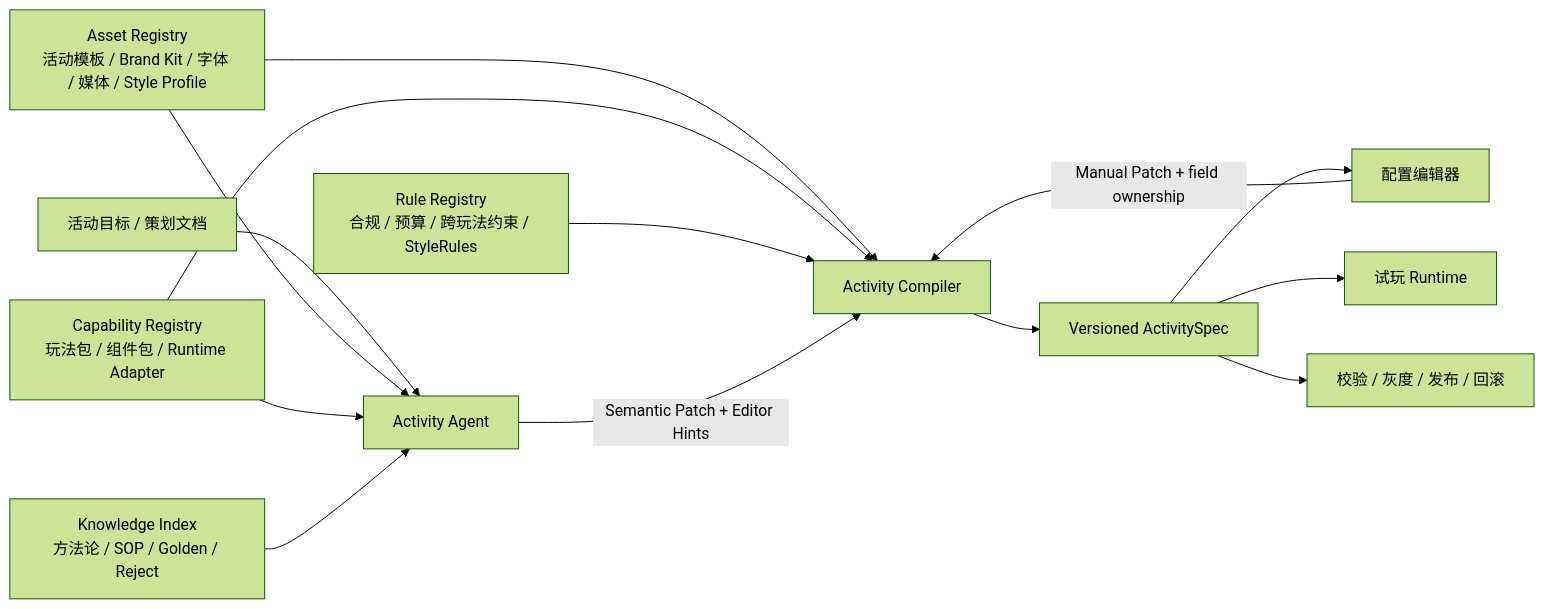
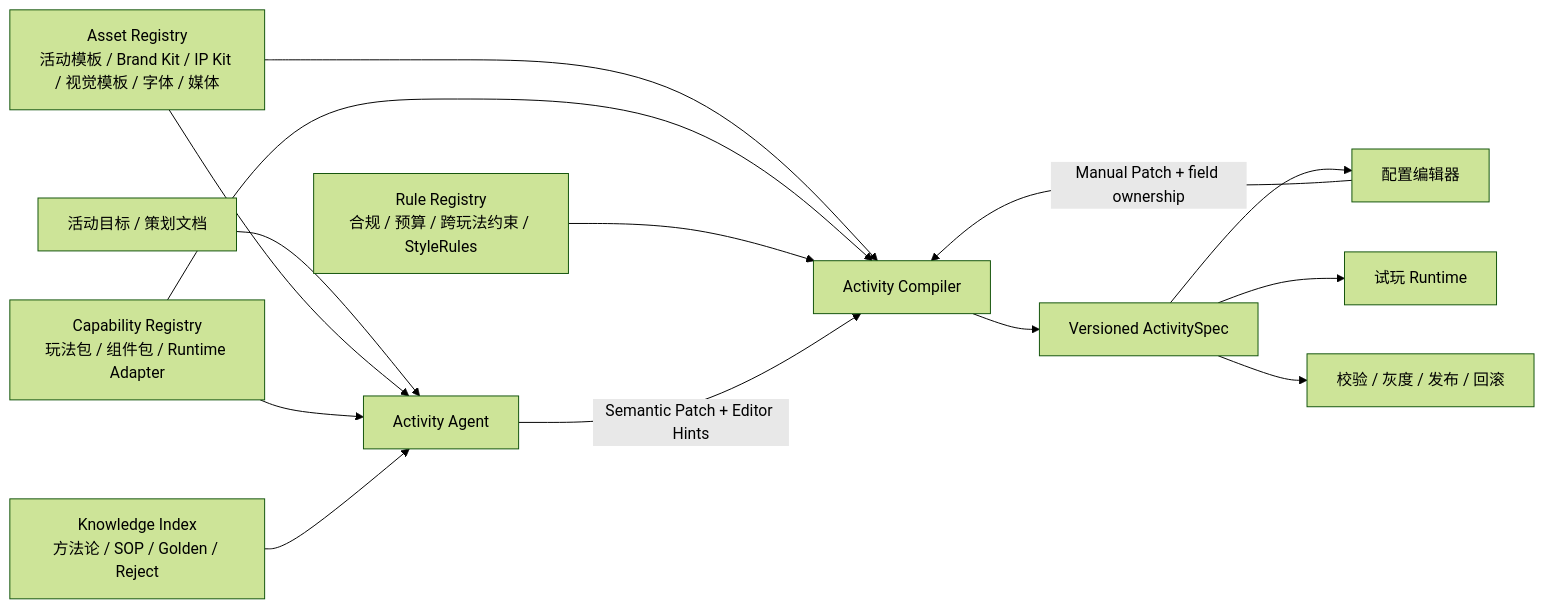
One commit to li-yingjie/CreativeStudio changed the diagram in docs/product-architecture.md. Above: the diagram before and after it, drawn with Mermaid (forest theme). The commit also changed other lines of this file and 272 other files, not shown here.

````diff
--- a/docs/product-architecture.md
+++ b/docs/product-architecture.md
@@ -21,16 +21,16 @@
 ```mermaid
 flowchart LR
   Brief["活动目标 / 策划文档"] --> Agent["Activity Agent"]
-  Asset["Asset Registry\n活动模板 / Brand Kit / 字体 / 媒体 / Style Profile"] --> Agent
+  Asset["Asset Registry\n活动模板 / Brand Kit / IP Kit / 视觉模板 / 字体 / 媒体"] --> Agent
   Asset --> Compiler
   Capability["Capability Registry\n玩法包 / 组件包 / Runtime Adapter"] --> Agent
   Capability --> Compiler
   Knowledge["Knowledge Index\n方法论 / SOP / Golden / Reject"] --> Agent
   Rule["Rule Registry\n合规 / 预算 / 跨玩法约束 / StyleRules"] --> Compiler
   Agent -->|"Semantic Patch + Editor Hints"| Compiler["Activity Compiler"]
   Compiler --> Spec["Versioned ActivitySpec"]
   Spec --> Editor["配置编辑器"]
   Spec --> Preview["试玩 Runtime"]
   Spec --> Publish["校验 / 灰度 / 发布 / 回滚"]
   Editor -->|"Manual Patch + field ownership"| Compiler
 ```
````
